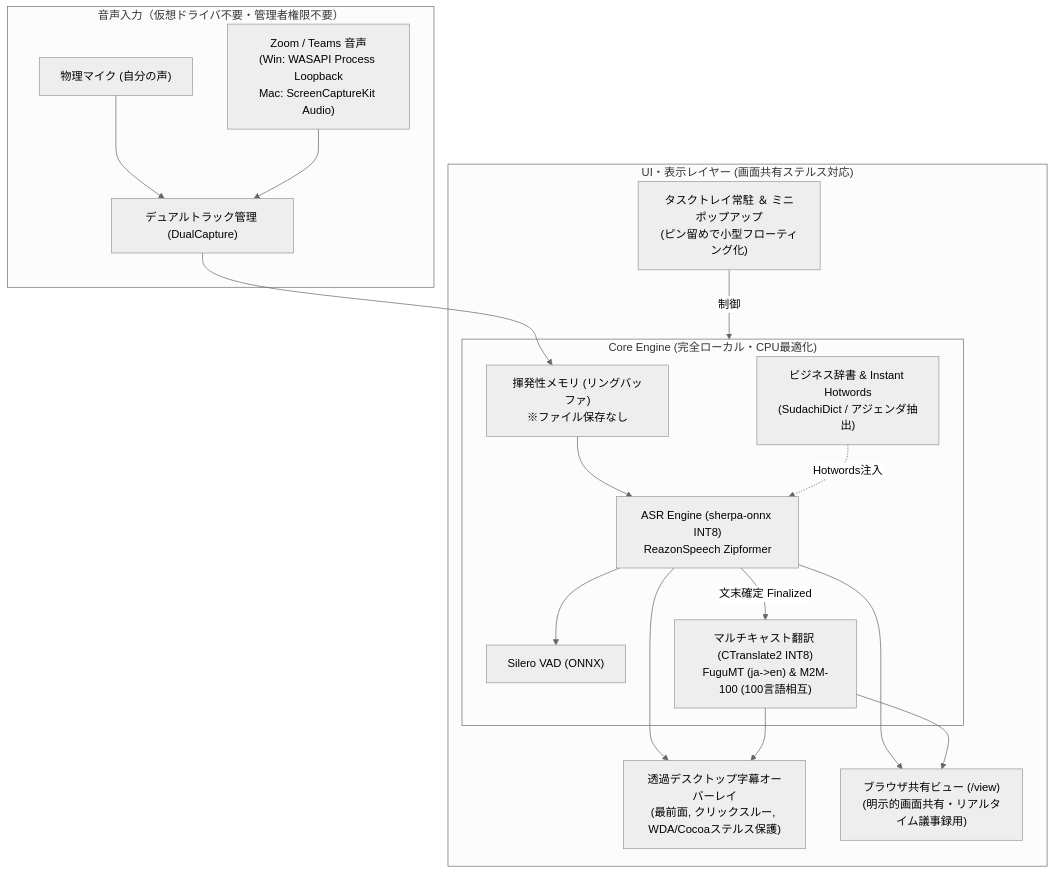
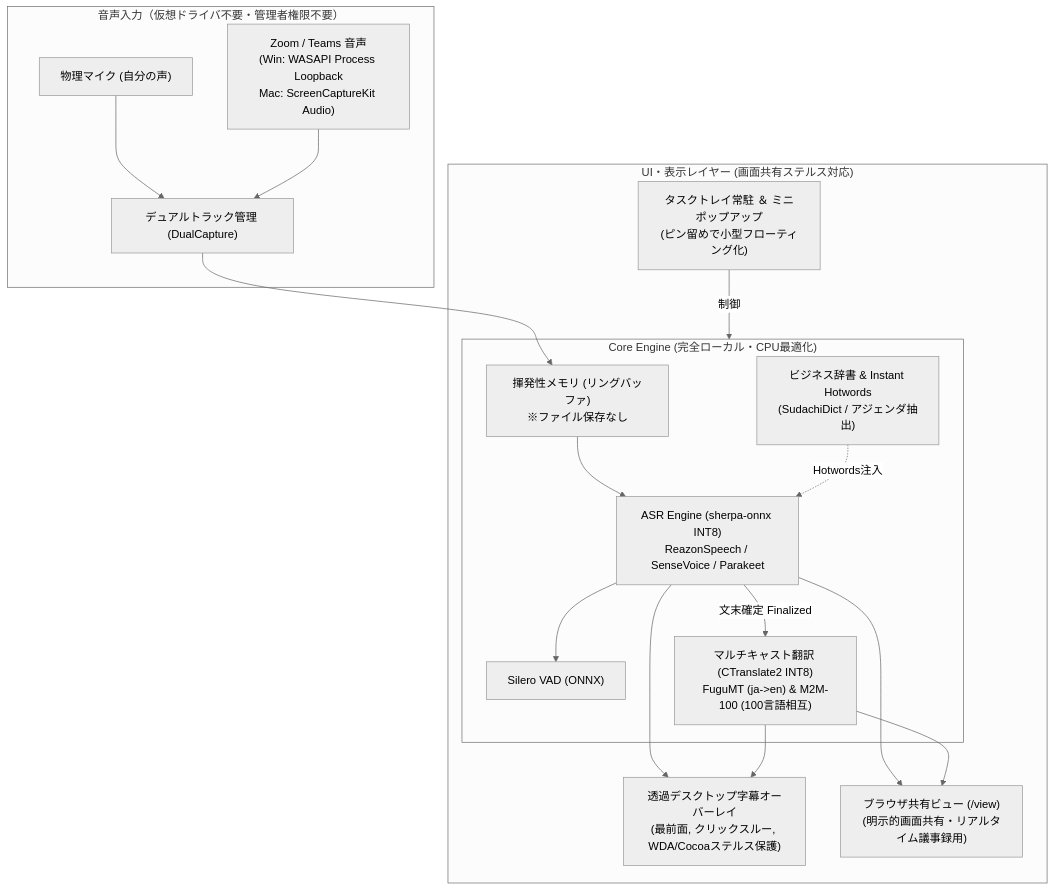
The diagram in README.md (Maximilian2022/hayamimi-polyglot), drawn with Mermaid (neutral theme) before and after one commit. The commit also changed other lines of this file and 24 other files, not shown here.

````diff
--- a/README.md
+++ b/README.md
@@ -51,21 +64,21 @@
 ```mermaid
 flowchart TD
     subgraph Audio_Input["音声入力（仮想ドライバ不要・管理者権限不要）"]
         Mic["物理マイク (自分の声)"] --> DualTrack["デュアルトラック管理 (DualCapture)"]
         ZoomTeams["Zoom / Teams 音声\n(Win: WASAPI Process Loopback\nMac: ScreenCaptureKit Audio)"] --> DualTrack
     end
 
     subgraph Core_Engine["Core Engine (完全ローカル・CPU最適化)"]
         DualTrack --> RingBuffer["揮発性メモリ (リングバッファ)\n※ファイル保存なし"]
-        RingBuffer --> ASR["ASR Engine (sherpa-onnx INT8)\nReazonSpeech Zipformer"]
+        RingBuffer --> ASR["ASR Engine (sherpa-onnx INT8)\nReazonSpeech / SenseVoice / Parakeet"]
         ASR --> VAD["Silero VAD (ONNX)"]
         DictEngine["ビジネス辞書 & Instant Hotwords\n(SudachiDict / アジェンダ抽出)"] -.->|Hotwords注入| ASR
         ASR -->|文末確定 Finalized| NMT["マルチキャスト翻訳 (CTranslate2 INT8)\nFuguMT (ja->en) & M2M-100 (100言語相互)"]
     end
 
     subgraph Presentation_Layer["UI・表示レイヤー (画面共有ステルス対応)"]
         Tray["タスクトレイ常駐 ＆ ミニポップアップ\n(ピン留めで小型フローティング化)"] -->|制御| Core_Engine
         ASR & NMT --> Overlay["透過デスクトップ字幕オーバーレイ\n(最前面, クリックスルー, WDA/Cocoaステルス保護)"]
         ASR & NMT --> WebBrowser["ブラウザ共有ビュー (/view)\n(明示的画面共有・リアルタイム議事録用)"]
     end
 ```
````
